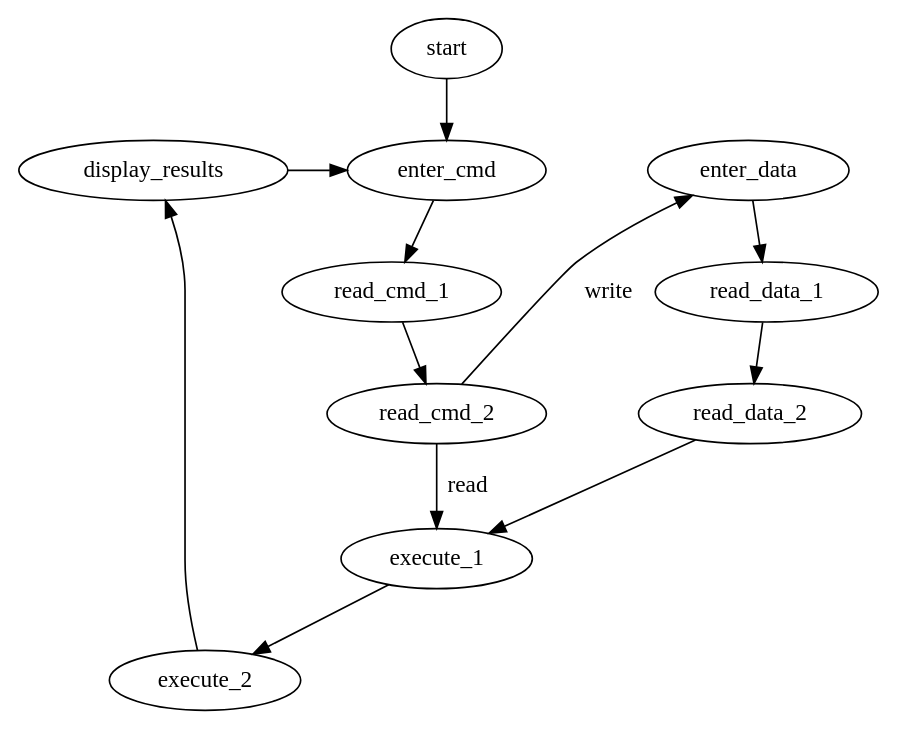
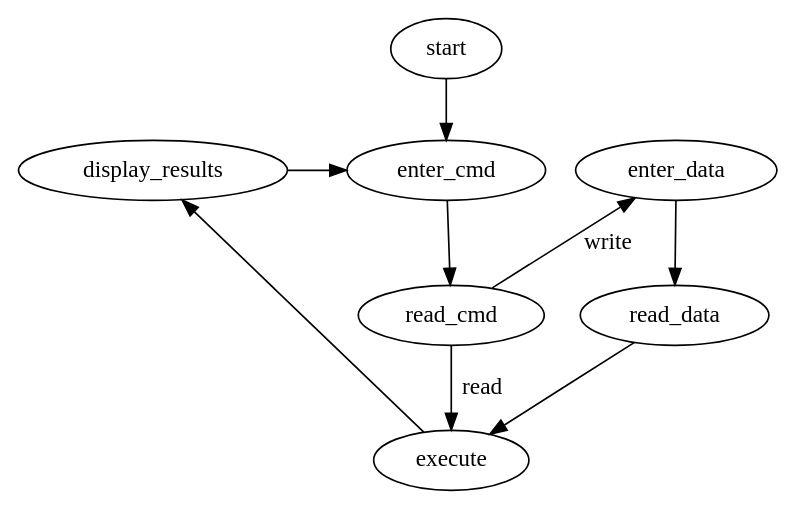
The diagram in lab03/doc/figure/arm-state_diagram/arm-state_diagram.dot (jmahler/EECE344-Digital_System_Design), drawn with Graphviz before and after one commit. The commit also changed 11 other files, not shown here.

```diff
--- a/lab03/doc/figure/arm-state_diagram/arm-state_diagram.dot
+++ b/lab03/doc/figure/arm-state_diagram/arm-state_diagram.dot
@@ -1,28 +1,22 @@
 
 digraph state2 {
     {rank=hi; start}
     {rank=same; enter_data display_results enter_cmd}
 
     start -> enter_cmd;
 
-    enter_cmd -> read_cmd_1;
+    enter_cmd -> read_cmd;
 
-    read_cmd_1 -> read_cmd_2;
+    read_cmd -> enter_data [label="write"];
 
-    read_cmd_2 -> enter_data [label="write"];
+    read_cmd -> execute [label=" read"];
 
-    read_cmd_2 -> execute_1 [label=" read"];
+    enter_data -> read_data;
 
-    enter_data -> read_data_1;
+    read_data -> execute;
 
-    read_data_1 -> read_data_2;
-
-    read_data_2 -> execute_1;
-
-    execute_1 -> execute_2;
-
-    execute_2 -> display_results;
+    execute -> display_results;
 
     display_results -> enter_cmd;
 
 }
```
